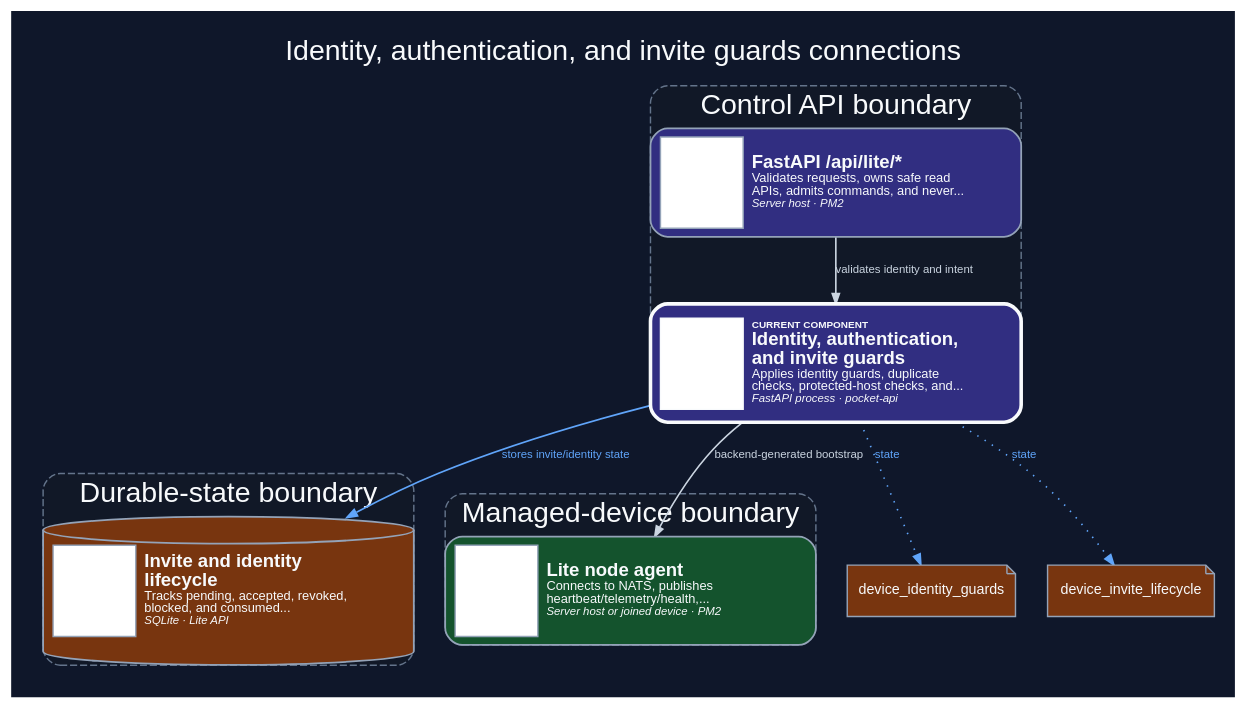
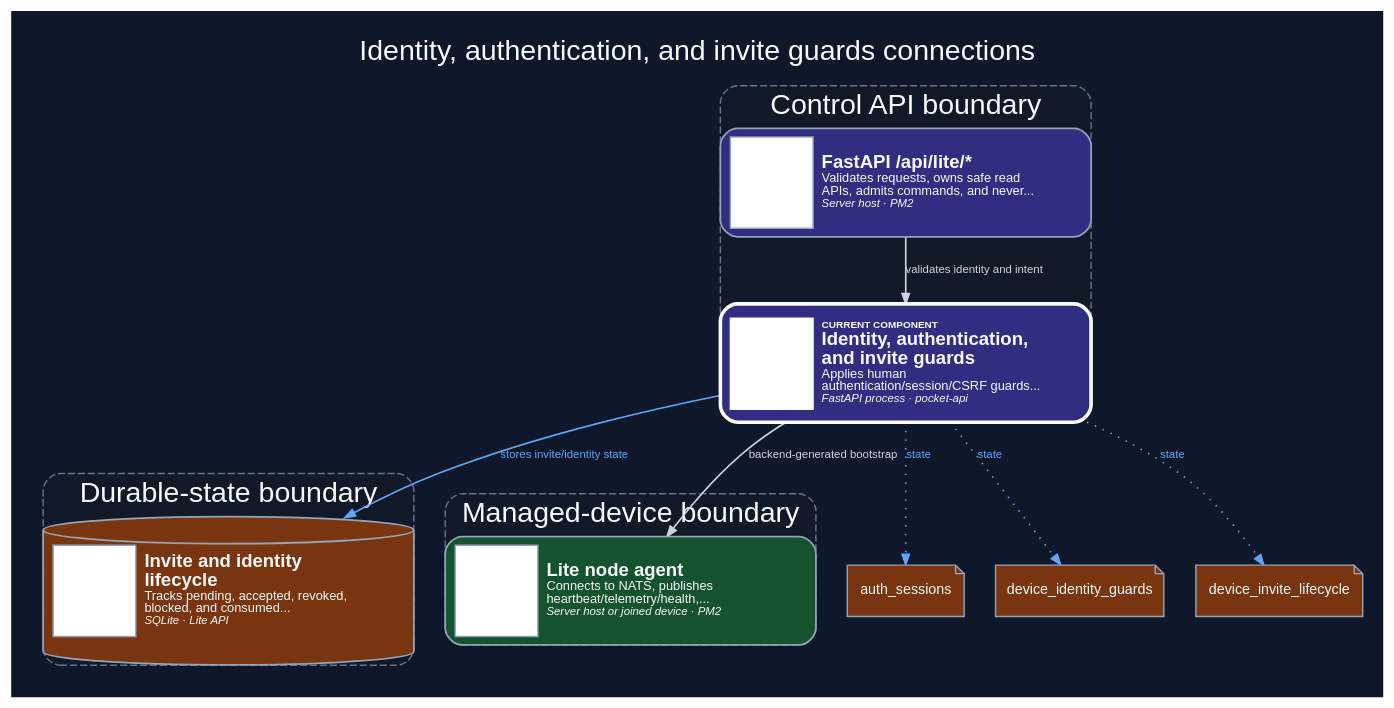
Before and after one commit to dexter-lab-ctrl/pocket-lab-lite: the diagram in docs/assets/diagrams/production/components/api-guards.dark.dot, drawn with Graphviz. The commit also changed 557 other files, not shown here.

```diff
--- a/docs/assets/diagrams/production/components/api-guards.dark.dot
+++ b/docs/assets/diagrams/production/components/api-guards.dark.dot
@@ -1,70 +1,72 @@
 digraph component_api_guards {
   graph [
     rankdir="TB",
     splines="spline",
     compound="true",
     newrank="true",
     nodesep="0.30",
     ranksep="0.52",
     ratio="compress",
     pad="0.20",
     margin="0",
     outputorder="edgesfirst",
     bgcolor="#0f172a",
     fontcolor="#f8fafc",
     fontname="Arial",
     label="Identity, authentication, and invite guards connections",
     labelloc="t",
     fontsize="20"
   ];
   node [
     fontname="Arial",
     fontsize="10",
     color="#94a3b8",
     fontcolor="#f8fafc",
     margin="0.12,0.08"
   ];
   edge [
     fontname="Arial",
     fontsize="8",
     color="#94a3b8",
     fontcolor="#cbd5e1",
     arrowsize="0.72",
     penwidth="1.15"
   ];
   subgraph "cluster_control-api" {
     label="Control API boundary";
     style="rounded,dashed,filled";
     color="#64748b";
     fillcolor="#111827";
     fontcolor="#f8fafc";
     penwidth="1.0";
-    "api-guards" [label=<<TABLE BORDER="0" CELLBORDER="0" CELLSPACING="0" CELLPADDING="6"><TR><TD FIXEDSIZE="TRUE" WIDTH="58" HEIGHT="64" ALIGN="CENTER" VALIGN="MIDDLE" BORDER="1" BGCOLOR="#FFFFFF" HREF="#PLICON__api-guards" TITLE="Architecture icon anchor"><FONT POINT-SIZE="1">&#160;</FONT></TD><TD WIDTH="188" ALIGN="LEFT" BALIGN="LEFT" VALIGN="MIDDLE"><FONT POINT-SIZE="7"><B>CURRENT COMPONENT</B></FONT><BR/><FONT POINT-SIZE="13"><B>Identity, authentication,<BR/>and invite guards</B></FONT><BR/><FONT POINT-SIZE="9">Applies identity guards, duplicate<BR/>checks, protected-host checks, and...</FONT><BR/><FONT POINT-SIZE="8"><I>FastAPI process · pocket-api</I></FONT></TD></TR></TABLE>>, shape="box", style="rounded,filled,bold", fillcolor="#312e81", color="#f8fafc", fontcolor="#f8fafc", penwidth="2.5", tooltip="Identity, authentication, and invite guards. Applies identity guards, duplicate checks, protected-host checks, and fail-closed invite/bootstrap acceptance.", URL="../../../../generated/production/architecture/components/api-guards/", target="_top", margin="0.10,0.08"];
+    "api-guards" [label=<<TABLE BORDER="0" CELLBORDER="0" CELLSPACING="0" CELLPADDING="6"><TR><TD FIXEDSIZE="TRUE" WIDTH="58" HEIGHT="64" ALIGN="CENTER" VALIGN="MIDDLE" BORDER="1" BGCOLOR="#FFFFFF" HREF="#PLICON__api-guards" TITLE="Architecture icon anchor"><FONT POINT-SIZE="1">&#160;</FONT></TD><TD WIDTH="188" ALIGN="LEFT" BALIGN="LEFT" VALIGN="MIDDLE"><FONT POINT-SIZE="7"><B>CURRENT COMPONENT</B></FONT><BR/><FONT POINT-SIZE="13"><B>Identity, authentication,<BR/>and invite guards</B></FONT><BR/><FONT POINT-SIZE="9">Applies human<BR/>authentication/session/CSRF guards...</FONT><BR/><FONT POINT-SIZE="8"><I>FastAPI process · pocket-api</I></FONT></TD></TR></TABLE>>, shape="box", style="rounded,filled,bold", fillcolor="#312e81", color="#f8fafc", fontcolor="#f8fafc", penwidth="2.5", tooltip="Identity, authentication, and invite guards. Applies human authentication/session/CSRF guards plus device identity, duplicate, protected-host, and fail-closed invite/bootstrap acceptance guards.", URL="../../../../generated/production/architecture/components/api-guards/", target="_top", margin="0.10,0.08"];
     "lite-api" [label=<<TABLE BORDER="0" CELLBORDER="0" CELLSPACING="0" CELLPADDING="6"><TR><TD FIXEDSIZE="TRUE" WIDTH="58" HEIGHT="64" ALIGN="CENTER" VALIGN="MIDDLE" BORDER="1" BGCOLOR="#FFFFFF" HREF="#PLICON__lite-api" TITLE="Architecture icon anchor"><FONT POINT-SIZE="1">&#160;</FONT></TD><TD WIDTH="188" ALIGN="LEFT" BALIGN="LEFT" VALIGN="MIDDLE"><FONT POINT-SIZE="13"><B>FastAPI /api/lite/*</B></FONT><BR/><FONT POINT-SIZE="9">Validates requests, owns safe read<BR/>APIs, admits commands, and never...</FONT><BR/><FONT POINT-SIZE="8"><I>Server host · PM2</I></FONT></TD></TR></TABLE>>, shape="box", style="rounded,filled", fillcolor="#312e81", color="#94a3b8", fontcolor="#f8fafc", penwidth="1.25", tooltip="FastAPI /api/lite/*. Validates requests, owns safe read APIs, admits commands, and never delegates browser execution directly to NATS or shell.", URL="../../../../generated/production/architecture/components/lite-api/", target="_top", margin="0.10,0.08"];
   }
   subgraph "cluster_durable-state" {
     label="Durable-state boundary";
     style="rounded,dashed,filled";
     color="#64748b";
     fillcolor="#111827";
     fontcolor="#f8fafc";
     penwidth="1.0";
     "invite-state" [label=<<TABLE BORDER="0" CELLBORDER="0" CELLSPACING="0" CELLPADDING="6"><TR><TD FIXEDSIZE="TRUE" WIDTH="58" HEIGHT="64" ALIGN="CENTER" VALIGN="MIDDLE" BORDER="1" BGCOLOR="#FFFFFF" HREF="#PLICON__invite-state" TITLE="Architecture icon anchor"><FONT POINT-SIZE="1">&#160;</FONT></TD><TD WIDTH="188" ALIGN="LEFT" BALIGN="LEFT" VALIGN="MIDDLE"><FONT POINT-SIZE="13"><B>Invite and identity<BR/>lifecycle</B></FONT><BR/><FONT POINT-SIZE="9">Tracks pending, accepted, revoked,<BR/>blocked, and consumed...</FONT><BR/><FONT POINT-SIZE="8"><I>SQLite · Lite API</I></FONT></TD></TR></TABLE>>, shape="cylinder", style="rounded,filled", fillcolor="#78350f", color="#94a3b8", fontcolor="#f8fafc", penwidth="1.25", tooltip="Invite and identity lifecycle. Tracks pending, accepted, revoked, blocked, and consumed invite/identity state with duplicate and mismatch guards.", URL="../../../../generated/production/architecture/components/invite-state/", target="_top", margin="0.10,0.08"];
   }
   subgraph "cluster_managed-device" {
     label="Managed-device boundary";
     style="rounded,dashed,filled";
     color="#64748b";
     fillcolor="#111827";
     fontcolor="#f8fafc";
     penwidth="1.0";
     "node-agent" [label=<<TABLE BORDER="0" CELLBORDER="0" CELLSPACING="0" CELLPADDING="6"><TR><TD FIXEDSIZE="TRUE" WIDTH="58" HEIGHT="64" ALIGN="CENTER" VALIGN="MIDDLE" BORDER="1" BGCOLOR="#FFFFFF" HREF="#PLICON__node-agent" TITLE="Architecture icon anchor"><FONT POINT-SIZE="1">&#160;</FONT></TD><TD WIDTH="188" ALIGN="LEFT" BALIGN="LEFT" VALIGN="MIDDLE"><FONT POINT-SIZE="13"><B>Lite node agent</B></FONT><BR/><FONT POINT-SIZE="9">Connects to NATS, publishes<BR/>heartbeat/telemetry/health,...</FONT><BR/><FONT POINT-SIZE="8"><I>Server host or joined device · PM2</I></FONT></TD></TR></TABLE>>, shape="box", style="rounded,filled", fillcolor="#14532d", color="#94a3b8", fontcolor="#f8fafc", penwidth="1.25", tooltip="Lite node agent. Connects to NATS, publishes heartbeat/telemetry/health, handles device commands, and reconnects after outages.", URL="../../../../generated/production/architecture/components/node-agent/", target="_top", margin="0.10,0.08"];
   }
   "lite-api" -> "api-guards" [label="validates identity and intent", tooltip="validates identity and intent (Python)", style="solid", arrowhead="normal", color="#cbd5e1", fontcolor="#cbd5e1", penwidth="1.15", arrowsize="0.72"];
   "api-guards" -> "node-agent" [label="backend-generated bootstrap", tooltip="backend-generated bootstrap (Shell artifact)", style="solid", arrowhead="normal", color="#cbd5e1", fontcolor="#cbd5e1", penwidth="1.15", arrowsize="0.72"];
   "api-guards" -> "invite-state" [label="stores invite/identity state", tooltip="stores invite/identity state (SQLite)", style="solid", arrowhead="normal", color="#60a5fa", fontcolor="#60a5fa", penwidth="1.15", arrowsize="0.72"];
-  "state_dependency_0" [label="device_identity_guards", shape="note", style="filled", fillcolor="#78350f", color="#94a3b8", fontcolor="#f8fafc", tooltip="Durable-state dependency"];
+  "state_dependency_0" [label="auth_sessions", shape="note", style="filled", fillcolor="#78350f", color="#94a3b8", fontcolor="#f8fafc", tooltip="Durable-state dependency"];
   "api-guards" -> "state_dependency_0" [label="state", style="dotted", color="#60a5fa", fontcolor="#60a5fa"];
-  "state_dependency_1" [label="device_invite_lifecycle", shape="note", style="filled", fillcolor="#78350f", color="#94a3b8", fontcolor="#f8fafc", tooltip="Durable-state dependency"];
+  "state_dependency_1" [label="device_identity_guards", shape="note", style="filled", fillcolor="#78350f", color="#94a3b8", fontcolor="#f8fafc", tooltip="Durable-state dependency"];
   "api-guards" -> "state_dependency_1" [label="state", style="dotted", color="#60a5fa", fontcolor="#60a5fa"];
+  "state_dependency_2" [label="device_invite_lifecycle", shape="note", style="filled", fillcolor="#78350f", color="#94a3b8", fontcolor="#f8fafc", tooltip="Durable-state dependency"];
+  "api-guards" -> "state_dependency_2" [label="state", style="dotted", color="#60a5fa", fontcolor="#60a5fa"];
 }
```
